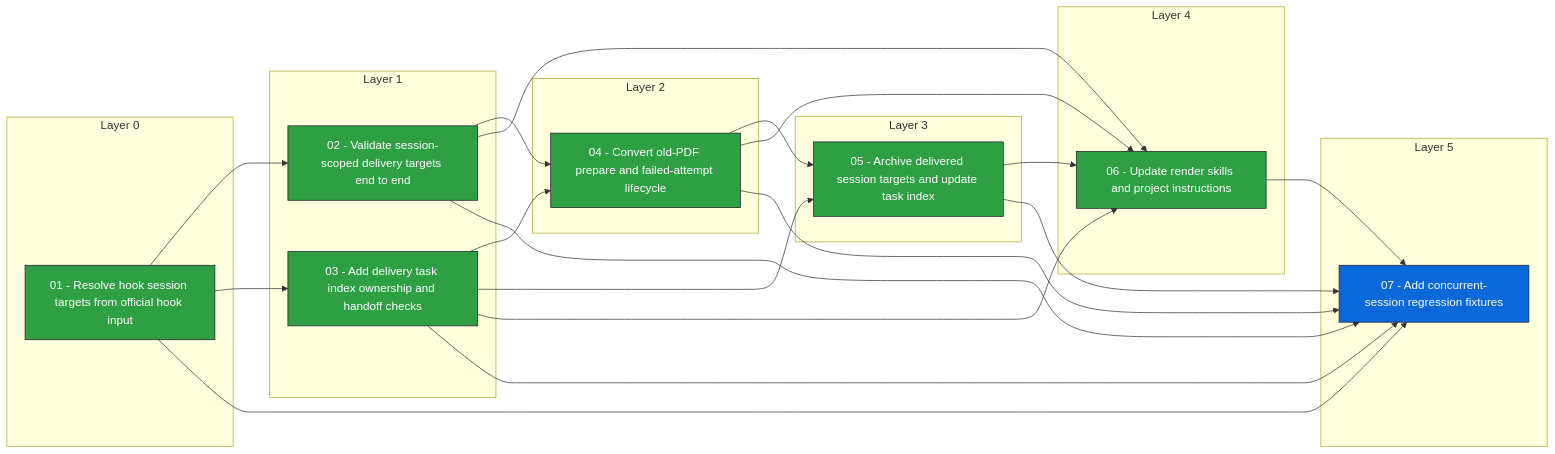
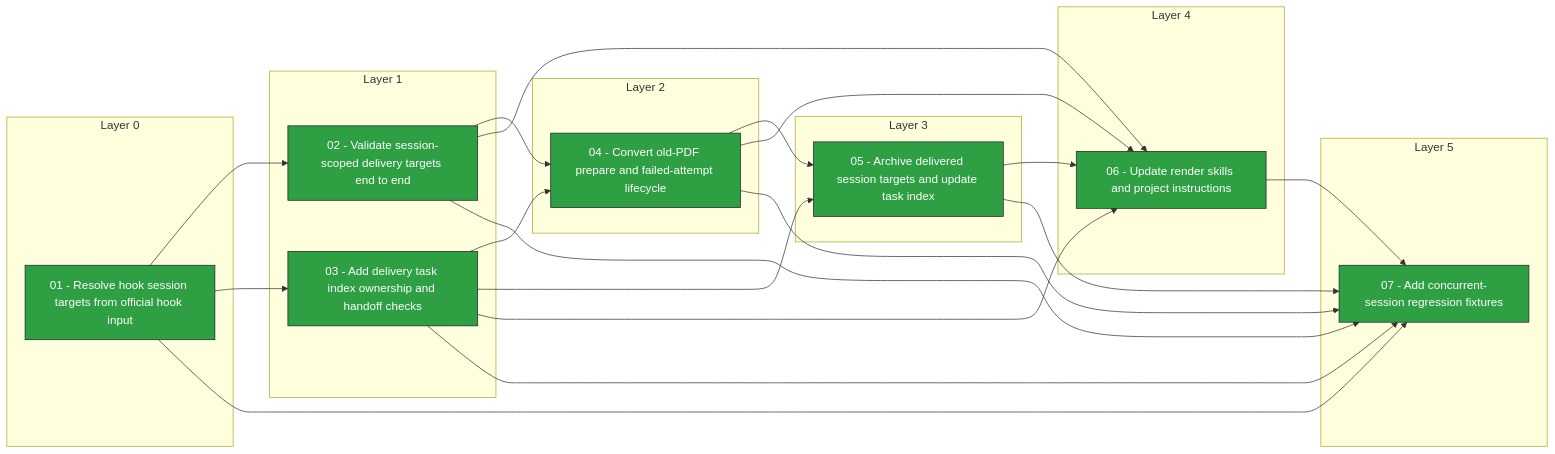
One commit to Nishijujuba/video2pdf changed the diagram in docs/issues/_views/session-scoped-final-delivery-guard-dependencies.md. Above: the diagram before and after it, drawn with Mermaid. The commit also changed other lines of this file and 8 other files, not shown here.

Commit message:
Add concurrent session guard regressions

````diff
--- a/docs/issues/_views/session-scoped-final-delivery-guard-dependencies.md
+++ b/docs/issues/_views/session-scoped-final-delivery-guard-dependencies.md
@@ -24,54 +24,54 @@
 ```mermaid
 flowchart LR
   subgraph layer_0["Layer 0"]
     n_01_resolve_hook_session_targets_from_official_hook_input["01 - Resolve hook session targets from official hook input"]
   end
   subgraph layer_1["Layer 1"]
     n_02_validate_session_scoped_delivery_targets_end_to_end["02 - Validate session-scoped delivery targets end to end"]
     n_03_add_delivery_task_index_ownership_and_handoff_checks["03 - Add delivery task index ownership and handoff checks"]
   end
   subgraph layer_2["Layer 2"]
     n_04_convert_old_pdf_prepare_and_failed_attempt_lifecycle["04 - Convert old-PDF prepare and failed-attempt lifecycle"]
   end
   subgraph layer_3["Layer 3"]
     n_05_archive_delivered_session_targets_and_update_task_index["05 - Archive delivered session targets and update task index"]
   end
   subgraph layer_4["Layer 4"]
     n_06_update_render_skills_and_project_instructions["06 - Update render skills and project instructions"]
   end
   subgraph layer_5["Layer 5"]
     n_07_add_concurrent_session_regression_fixtures["07 - Add concurrent-session regression fixtures"]
   end
   n_01_resolve_hook_session_targets_from_official_hook_input --> n_02_validate_session_scoped_delivery_targets_end_to_end
   n_01_resolve_hook_session_targets_from_official_hook_input --> n_03_add_delivery_task_index_ownership_and_handoff_checks
   n_02_validate_session_scoped_delivery_targets_end_to_end --> n_04_convert_old_pdf_prepare_and_failed_attempt_lifecycle
   n_03_add_delivery_task_index_ownership_and_handoff_checks --> n_04_convert_old_pdf_prepare_and_failed_attempt_lifecycle
   n_03_add_delivery_task_index_ownership_and_handoff_checks --> n_05_archive_delivered_session_targets_and_update_task_index
   n_04_convert_old_pdf_prepare_and_failed_attempt_lifecycle --> n_05_archive_delivered_session_targets_and_update_task_index
   n_02_validate_session_scoped_delivery_targets_end_to_end --> n_06_update_render_skills_and_project_instructions
   n_03_add_delivery_task_index_ownership_and_handoff_checks --> n_06_update_render_skills_and_project_instructions
   n_04_convert_old_pdf_prepare_and_failed_attempt_lifecycle --> n_06_update_render_skills_and_project_instructions
   n_05_archive_delivered_session_targets_and_update_task_index --> n_06_update_render_skills_and_project_instructions
   n_01_resolve_hook_session_targets_from_official_hook_input --> n_07_add_concurrent_session_regression_fixtures
   n_02_validate_session_scoped_delivery_targets_end_to_end --> n_07_add_concurrent_session_regression_fixtures
   n_03_add_delivery_task_index_ownership_and_handoff_checks --> n_07_add_concurrent_session_regression_fixtures
   n_04_convert_old_pdf_prepare_and_failed_attempt_lifecycle --> n_07_add_concurrent_session_regression_fixtures
   n_05_archive_delivered_session_targets_and_update_task_index --> n_07_add_concurrent_session_regression_fixtures
   n_06_update_render_skills_and_project_instructions --> n_07_add_concurrent_session_regression_fixtures
   class n_01_resolve_hook_session_targets_from_official_hook_input done
   class n_02_validate_session_scoped_delivery_targets_end_to_end done
   class n_03_add_delivery_task_index_ownership_and_handoff_checks done
   class n_04_convert_old_pdf_prepare_and_failed_attempt_lifecycle done
   class n_05_archive_delivered_session_targets_and_update_task_index done
   class n_06_update_render_skills_and_project_instructions done
-  class n_07_add_concurrent_session_regression_fixtures ready_for_agent
+  class n_07_add_concurrent_session_regression_fixtures done
   classDef done fill:#2ea043,stroke:#1f2328,color:#ffffff
   classDef ready_for_agent fill:#0969da,stroke:#1f2328,color:#ffffff
   classDef ready_for_human fill:#8250df,stroke:#1f2328,color:#ffffff
   classDef in_progress fill:#d4a72c,stroke:#1f2328,color:#ffffff
   classDef blocked fill:#cf222e,stroke:#1f2328,color:#ffffff
   classDef in_review fill:#bc4c00,stroke:#1f2328,color:#ffffff
   classDef needs_info fill:#8c959f,stroke:#1f2328,color:#ffffff
   classDef needs_triage fill:#d0d7de,stroke:#1f2328,color:#ffffff
   classDef wontfix fill:#57606a,stroke:#1f2328,color:#ffffff
 ```
````
